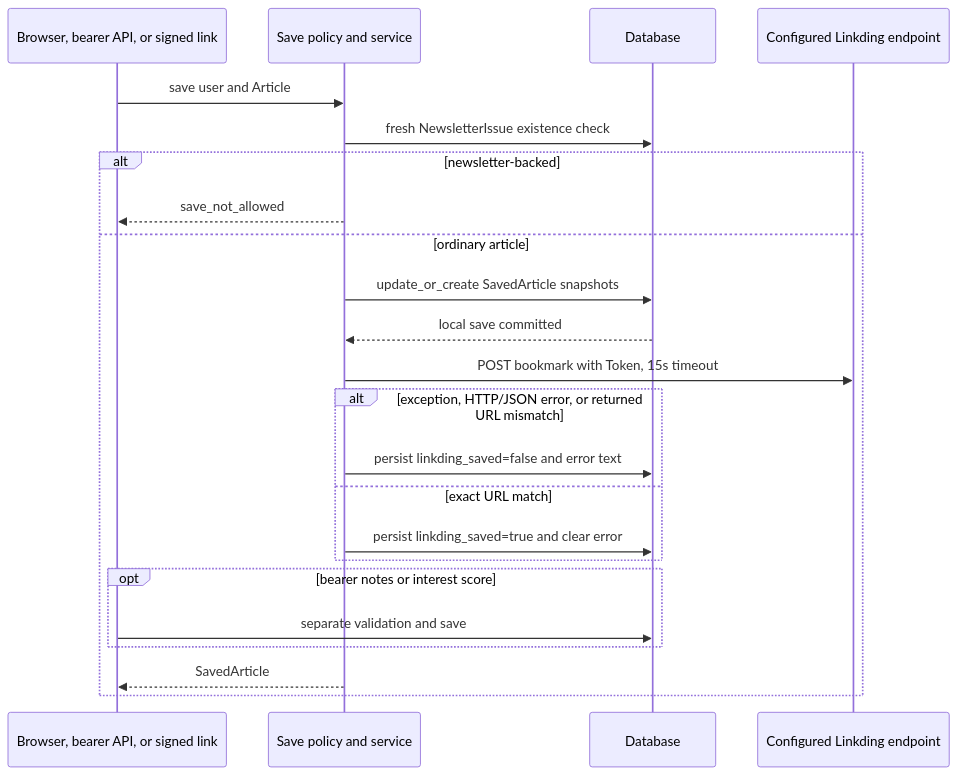
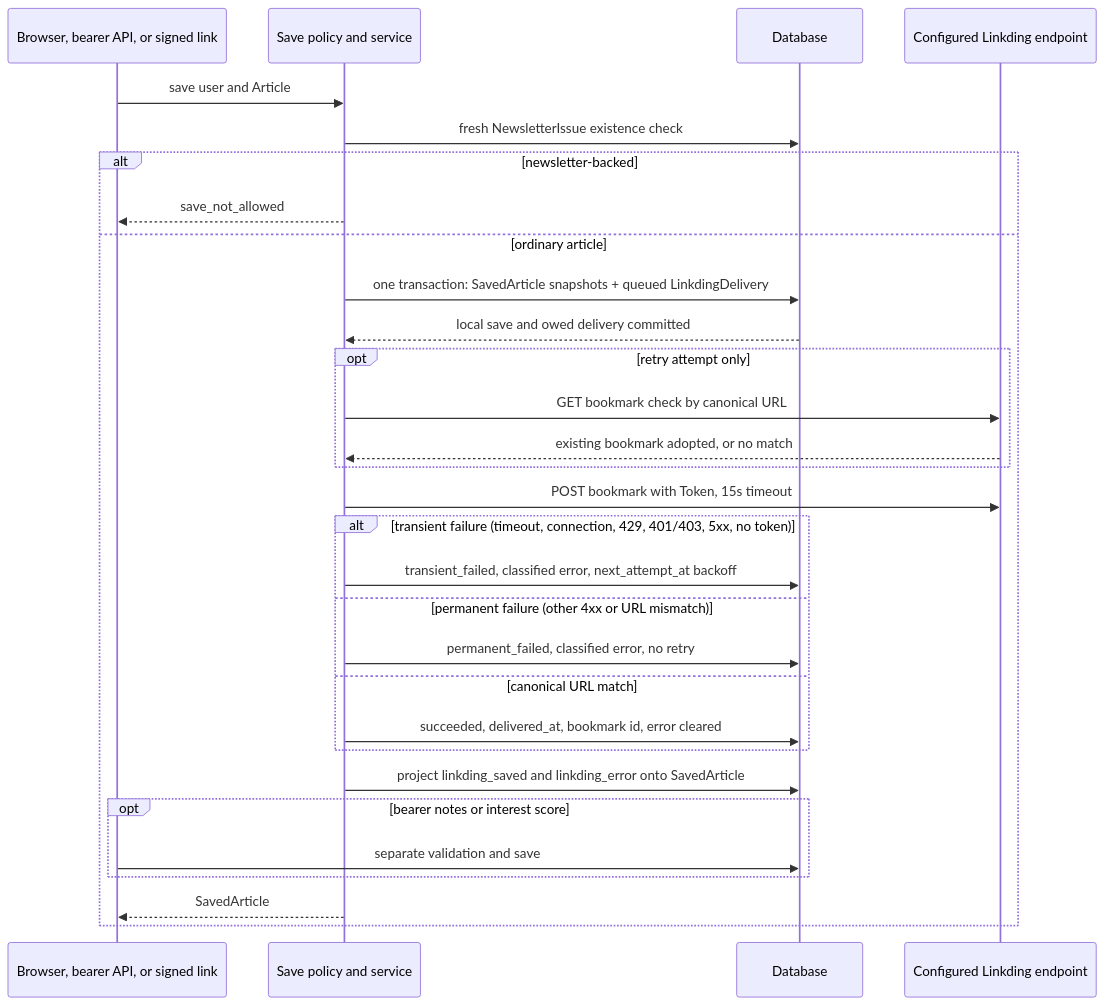
One commit to feoh/daily-firehose changed the seventh of 12 diagrams in docs/architecture/current-state.md. Above: the diagram before and after it, drawn with Mermaid. The commit also changed other lines of this file and 13 other files, not shown here.

````diff
--- a/docs/architecture/current-state.md
+++ b/docs/architecture/current-state.md
@@ -508,26 +524,33 @@
 ```mermaid
 sequenceDiagram
     participant Adapter as Browser, bearer API, or signed link
     participant Policy as Save policy and service
     participant DB as Database
     participant Linkding as Configured Linkding endpoint
 
     Adapter->>Policy: save user and Article
     Policy->>DB: fresh NewsletterIssue existence check
     alt newsletter-backed
         Policy-->>Adapter: save_not_allowed
     else ordinary article
-        Policy->>DB: update_or_create SavedArticle snapshots
-        DB-->>Policy: local save committed
+        Policy->>DB: one transaction: SavedArticle snapshots + queued LinkdingDelivery
+        DB-->>Policy: local save and owed delivery committed
+        opt retry attempt only
+            Policy->>Linkding: GET bookmark check by canonical URL
+            Linkding-->>Policy: existing bookmark adopted, or no match
+        end
         Policy->>Linkding: POST bookmark with Token, 15s timeout
-        alt exception, HTTP/JSON error, or returned URL mismatch
-            Policy->>DB: persist linkding_saved=false and error text
-        else exact URL match
-            Policy->>DB: persist linkding_saved=true and clear error
+        alt transient failure (timeout, connection, 429, 401/403, 5xx, no token)
+            Policy->>DB: transient_failed, classified error, next_attempt_at backoff
+        else permanent failure (other 4xx or URL mismatch)
+            Policy->>DB: permanent_failed, classified error, no retry
+        else canonical URL match
+            Policy->>DB: succeeded, delivered_at, bookmark id, error cleared
         end
+        Policy->>DB: project linkding_saved and linkding_error onto SavedArticle
         opt bearer notes or interest score
             Adapter->>DB: separate validation and save
         end
         Policy-->>Adapter: SavedArticle
     end
 ```
````
